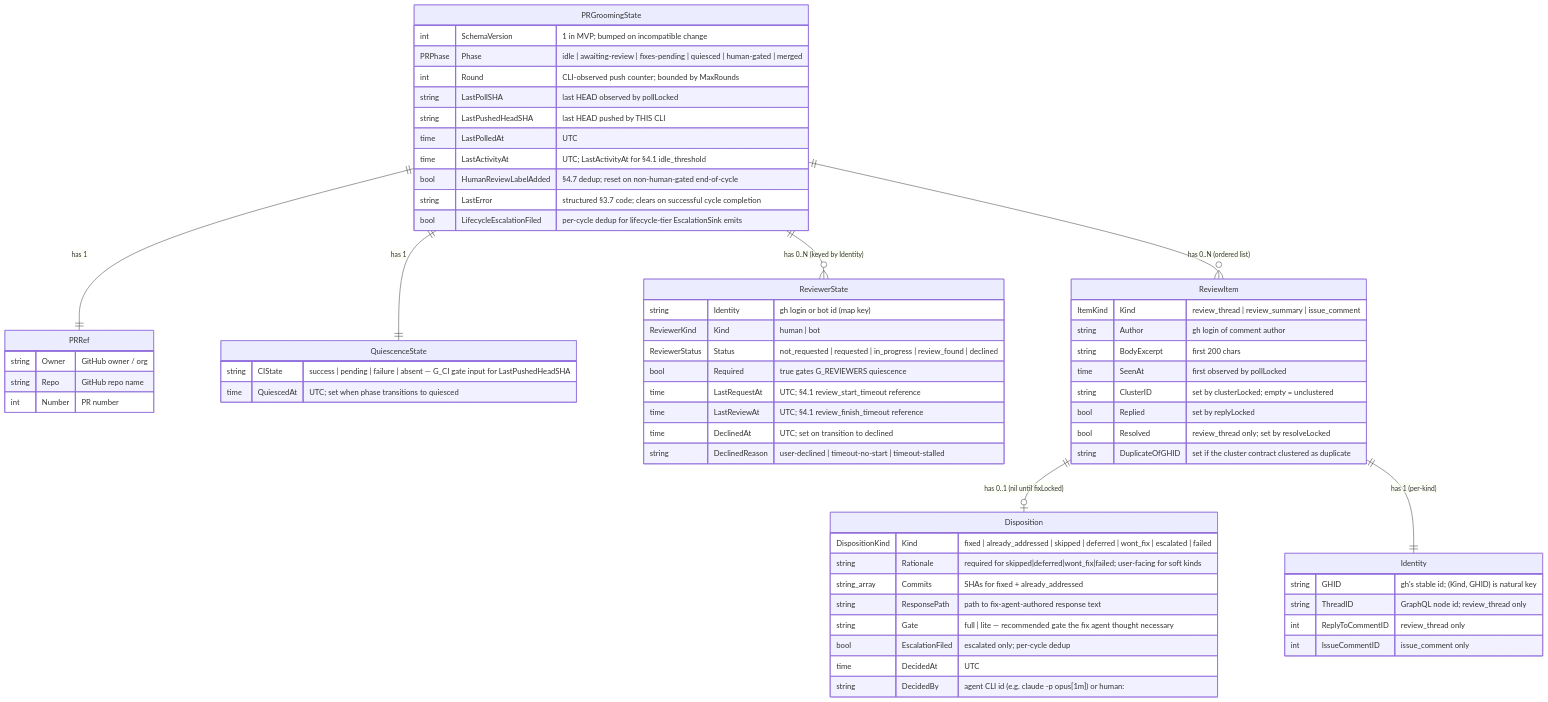
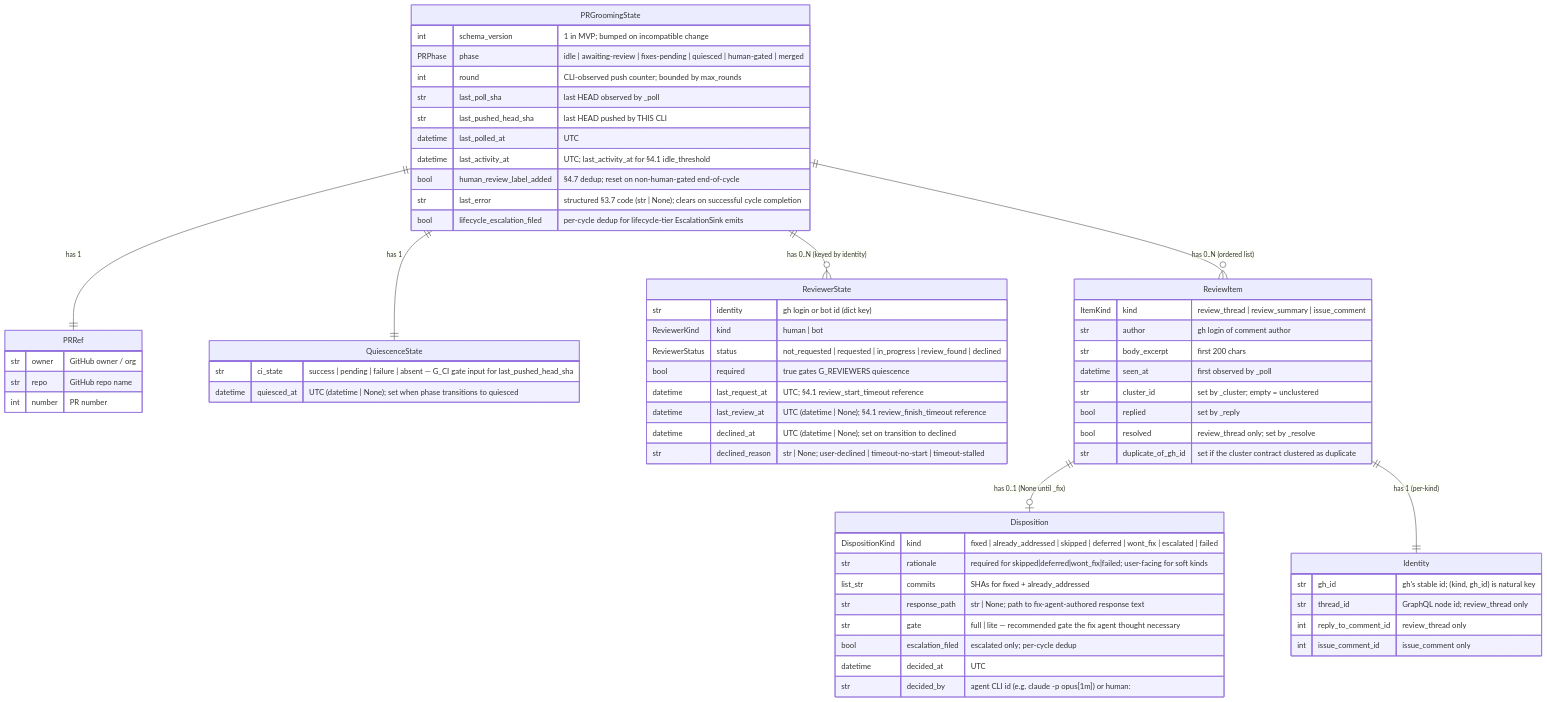
Before and after one commit to scotthamilton77/agents-config: the first of 2 diagrams in docs/architecture/prgroom/data-view.md, drawn with Mermaid. The commit also changed other lines of this file and 9 other files, not shown here.

First line of the commit message:
docs(prgroom): convert architecture HLDs from Go to Python (fca6.14)

````diff
--- a/docs/architecture/prgroom/data-view.md
+++ b/docs/architecture/prgroom/data-view.md
@@ -33,73 +33,73 @@
 ```mermaid
 erDiagram
     PRGroomingState ||--|| PRRef                : "has 1"
     PRGroomingState ||--|| QuiescenceState      : "has 1"
-    PRGroomingState ||--o{ ReviewerState        : "has 0..N (keyed by Identity)"
+    PRGroomingState ||--o{ ReviewerState        : "has 0..N (keyed by identity)"
     PRGroomingState ||--o{ ReviewItem           : "has 0..N (ordered list)"
-    ReviewItem      ||--o| Disposition          : "has 0..1 (nil until fixLocked)"
+    ReviewItem      ||--o| Disposition          : "has 0..1 (None until _fix)"
     ReviewItem      ||--|| Identity             : "has 1 (per-kind)"
 
     PRGroomingState {
-        int     SchemaVersion       "1 in MVP; bumped on incompatible change"
-        PRPhase Phase               "idle | awaiting-review | fixes-pending | quiesced | human-gated | merged"
-        int     Round               "CLI-observed push counter; bounded by MaxRounds"
-        string  LastPollSHA         "last HEAD observed by pollLocked"
-        string  LastPushedHeadSHA   "last HEAD pushed by THIS CLI"
-        time    LastPolledAt        "UTC"
-        time    LastActivityAt      "UTC; LastActivityAt for §4.1 idle_threshold"
-        bool    HumanReviewLabelAdded "§4.7 dedup; reset on non-human-gated end-of-cycle"
-        string  LastError           "structured §3.7 code; clears on successful cycle completion"
-        bool    LifecycleEscalationFiled "per-cycle dedup for lifecycle-tier EscalationSink emits"
+        int     schema_version           "1 in MVP; bumped on incompatible change"
+        PRPhase phase                    "idle | awaiting-review | fixes-pending | quiesced | human-gated | merged"
+        int     round                    "CLI-observed push counter; bounded by max_rounds"
+        str     last_poll_sha            "last HEAD observed by _poll"
+        str     last_pushed_head_sha     "last HEAD pushed by THIS CLI"
+        datetime last_polled_at          "UTC"
+        datetime last_activity_at        "UTC; last_activity_at for §4.1 idle_threshold"
+        bool    human_review_label_added "§4.7 dedup; reset on non-human-gated end-of-cycle"
+        str     last_error               "structured §3.7 code (str | None); clears on successful cycle completion"
+        bool    lifecycle_escalation_filed "per-cycle dedup for lifecycle-tier EscalationSink emits"
     }
 
     PRRef {
-        string Owner   "GitHub owner / org"
-        string Repo    "GitHub repo name"
-        int    Number  "PR number"
+        str owner   "GitHub owner / org"
+        str repo    "GitHub repo name"
+        int number  "PR number"
     }
 
     ReviewerState {
-        string         Identity        "gh login or bot id (map key)"
-        ReviewerKind   Kind            "human | bot"
-        ReviewerStatus Status          "not_requested | requested | in_progress | review_found | declined"
-        bool           Required        "true gates G_REVIEWERS quiescence"
-        time           LastRequestAt   "UTC; §4.1 review_start_timeout reference"
-        time           LastReviewAt    "UTC; §4.1 review_finish_timeout reference"
-        time           DeclinedAt      "UTC; set on transition to declined"
-        string         DeclinedReason  "user-declined | timeout-no-start | timeout-stalled"
+        str            identity         "gh login or bot id (dict key)"
+        ReviewerKind   kind             "human | bot"
+        ReviewerStatus status           "not_requested | requested | in_progress | review_found | declined"
+        bool           required         "true gates G_REVIEWERS quiescence"
+        datetime       last_request_at  "UTC; §4.1 review_start_timeout reference"
+        datetime       last_review_at   "UTC (datetime | None); §4.1 review_finish_timeout reference"
+        datetime       declined_at      "UTC (datetime | None); set on transition to declined"
+        str            declined_reason  "str | None; user-declined | timeout-no-start | timeout-stalled"
     }
 
     ReviewItem {
-        ItemKind Kind            "review_thread | review_summary | issue_comment"
-        string   Author          "gh login of comment author"
-        string   BodyExcerpt     "first 200 chars"
-        time     SeenAt          "first observed by pollLocked"
-        string   ClusterID       "set by clusterLocked; empty = unclustered"
-        bool     Replied         "set by replyLocked"
-        bool     Resolved        "review_thread only; set by resolveLocked"
-        string   DuplicateOfGHID "set if the cluster contract clustered as duplicate"
+        ItemKind kind              "review_thread | review_summary | issue_comment"
+        str      author            "gh login of comment author"
+        str      body_excerpt      "first 200 chars"
+        datetime seen_at           "first observed by _poll"
+        str      cluster_id        "set by _cluster; empty = unclustered"
+        bool     replied           "set by _reply"
+        bool     resolved          "review_thread only; set by _resolve"
+        str      duplicate_of_gh_id "set if the cluster contract clustered as duplicate"
     }
 
     Identity {
-        string GHID             "gh's stable id; (Kind, GHID) is natural key"
-        string ThreadID         "GraphQL node id; review_thread only"
-        int    ReplyToCommentID "review_thread only"
-        int    IssueCommentID   "issue_comment only"
+        str gh_id               "gh's stable id; (kind, gh_id) is natural key"
+        str thread_id           "GraphQL node id; review_thread only"
+        int reply_to_comment_id "review_thread only"
+        int issue_comment_id    "issue_comment only"
     }
 
     Disposition {
-        DispositionKind Kind            "fixed | already_addressed | skipped | deferred | wont_fix | escalated | failed"
-        string          Rationale       "required for skipped|deferred|wont_fix|failed; user-facing for soft kinds"
-        string_array    Commits         "SHAs for fixed + already_addressed"
-        string          ResponsePath    "path to fix-agent-authored response text"
-        string          Gate            "full | lite — recommended gate the fix agent thought necessary"
-        bool            EscalationFiled "escalated only; per-cycle dedup"
-        time            DecidedAt       "UTC"
-        string          DecidedBy       "agent CLI id (e.g. claude -p opus[1m]) or human:<login>"
+        DispositionKind kind             "fixed | already_addressed | skipped | deferred | wont_fix | escalated | failed"
+        str             rationale        "required for skipped|deferred|wont_fix|failed; user-facing for soft kinds"
+        list_str        commits          "SHAs for fixed + already_addressed"
+        str             response_path    "str | None; path to fix-agent-authored response text"
+        str             gate             "full | lite — recommended gate the fix agent thought necessary"
+        bool            escalation_filed "escalated only; per-cycle dedup"
+        datetime        decided_at       "UTC"
+        str             decided_by       "agent CLI id (e.g. claude -p opus[1m]) or human:<login>"
     }
 
     QuiescenceState {
-        string CIState     "success | pending | failure | absent — G_CI gate input for LastPushedHeadSHA"
-        time   QuiescedAt  "UTC; set when phase transitions to quiesced"
+        str      ci_state    "success | pending | failure | absent — G_CI gate input for last_pushed_head_sha"
+        datetime quiesced_at "UTC (datetime | None); set when phase transitions to quiesced"
     }
 ```
````
